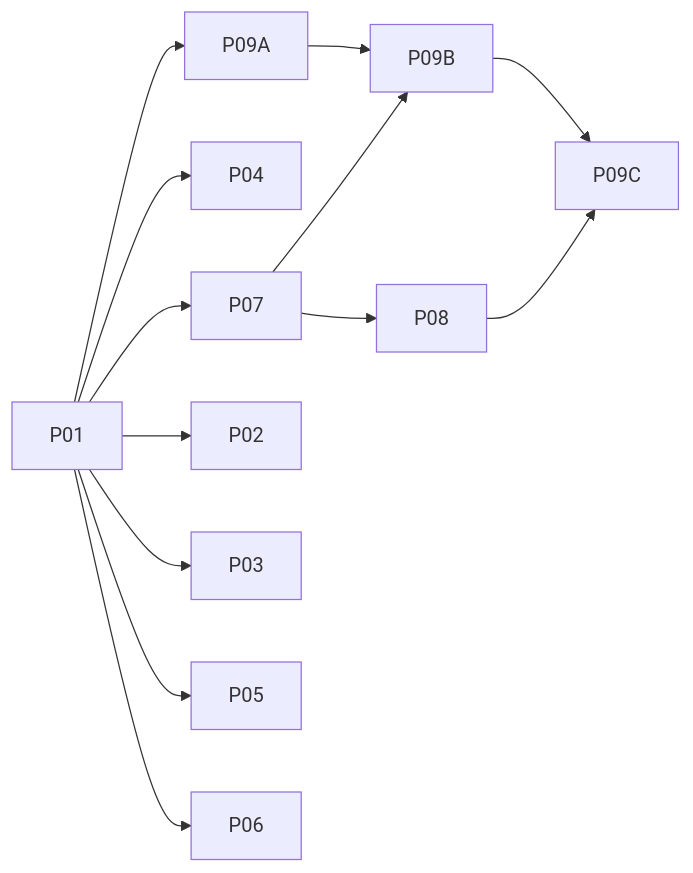
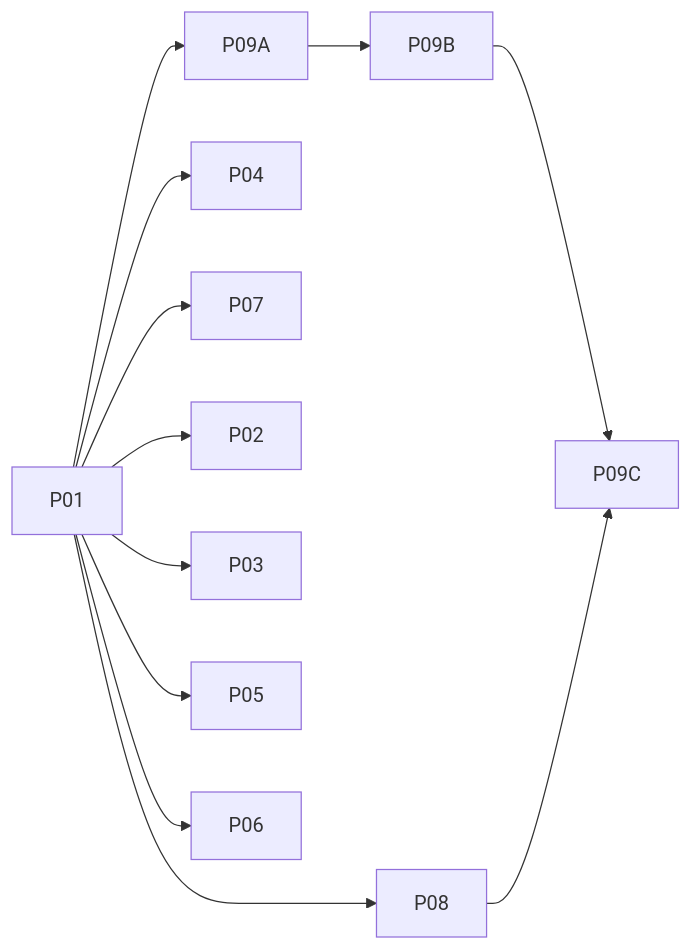
One commit to dxsl-org/cellos changed the diagram in .agents/261030-1945-ginux-lessons-hardening/plan.md. Above: the diagram before and after it, drawn with Mermaid. The commit also changed other lines of this file and 66 other files, not shown here.

````diff
--- a/.agents/261030-1945-ginux-lessons-hardening/plan.md
+++ b/.agents/261030-1945-ginux-lessons-hardening/plan.md
@@ -47,11 +47,11 @@
 ```mermaid
 flowchart LR
   P01 --> P09A --> P09B --> P09C
   P01 --> P04
-  P01 --> P07 --> P08 --> P09C
-  P07 --> P09B
+  P01 --> P07
+  P01 --> P08 --> P09C
   P01 --> P02
   P01 --> P03
   P01 --> P05
   P01 --> P06
 ```
````
